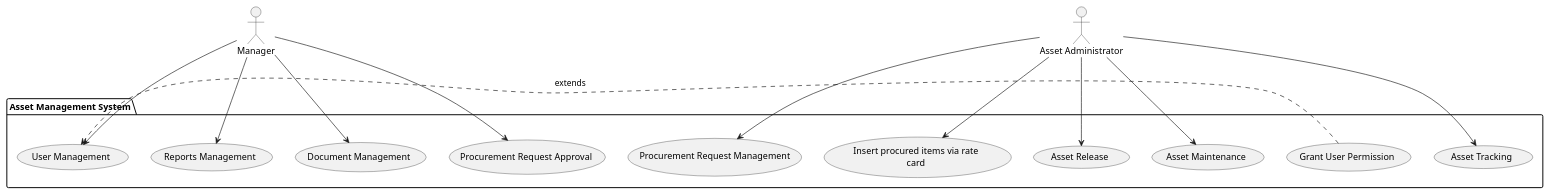
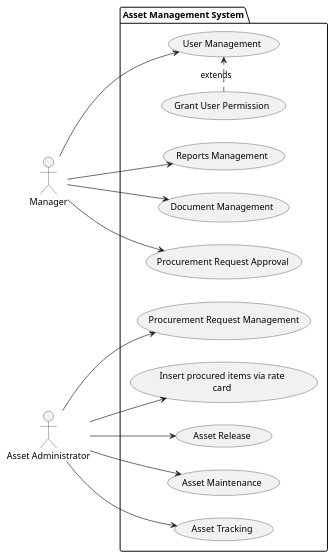
Before and after one commit to bhayana91/ooad-bits-problem: the diagram in ooad-problem.puml, drawn with PlantUML.

```diff
--- a/ooad-problem.puml
+++ b/ooad-problem.puml
@@ -1,33 +1,35 @@
 @startuml
 
+left to right direction
 actor Manager
 actor AssetAdministrator as "Asset Administrator"
 
  package AMS as "Asset Management System" {
      usecase UserManagement as "User Management"
      usecase ReportsManagement as "Reports Management"
      usecase DocumentManagement as "Document Management"
      usecase ProcurementRequestApproval as "Procurement Request Approval"
      usecase ProcurementRequestManagement as "Procurement Request Management"
      usecase Insertprocureditemsviaratecard as "Insert procured items via rate
 card"
      usecase AssetRelease as "Asset Release"
      usecase AssetMaintenance as "Asset Maintenance"
      usecase AssetTracking as "Asset Tracking"
      usecase GrantUserPermission as "Grant User Permission"
  }
 
  Manager --> UserManagement
+ GrantUserPermission .> UserManagement :extends
  Manager --> ReportsManagement
  Manager --> DocumentManagement
  Manager --> ProcurementRequestApproval
  AssetAdministrator --> ProcurementRequestManagement
  AssetAdministrator --> Insertprocureditemsviaratecard
  AssetAdministrator --> AssetRelease
  AssetAdministrator --> AssetMaintenance
  AssetAdministrator --> AssetTracking
- GrantUserPermission .> UserManagement :extends
+ 
 
 
 
 @enduml
```
